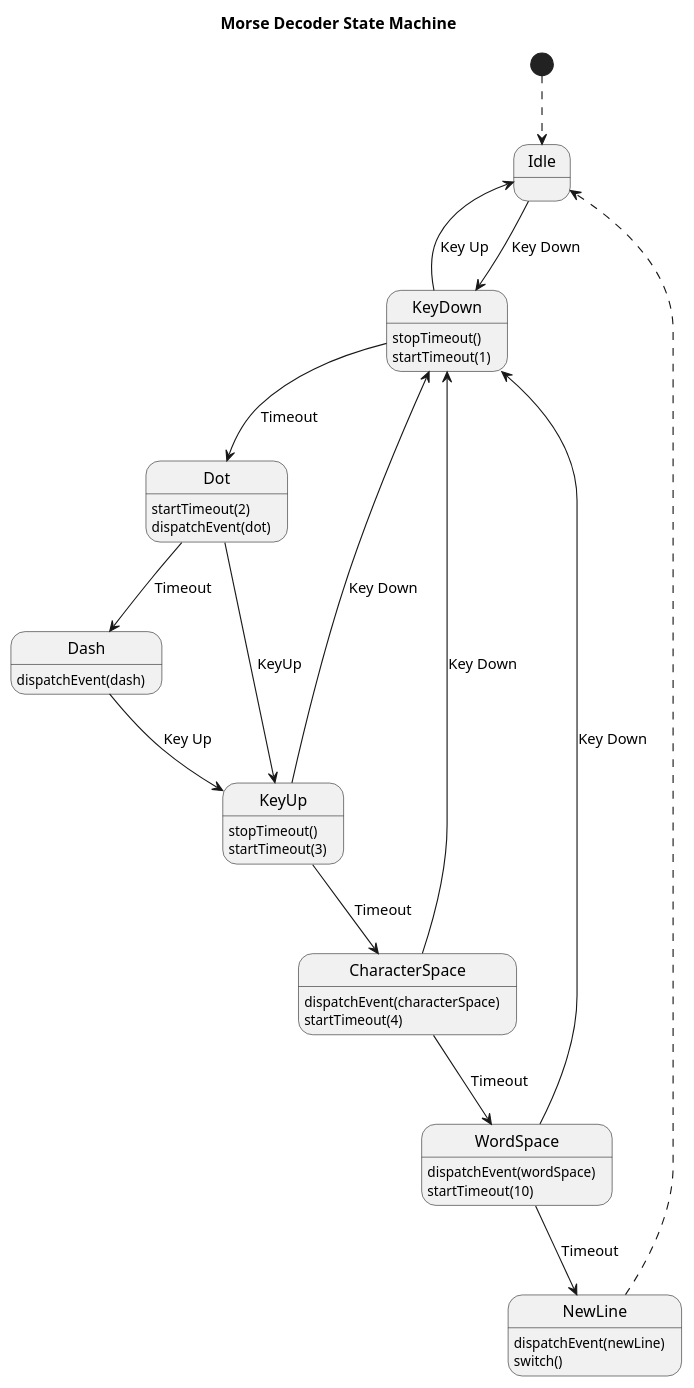
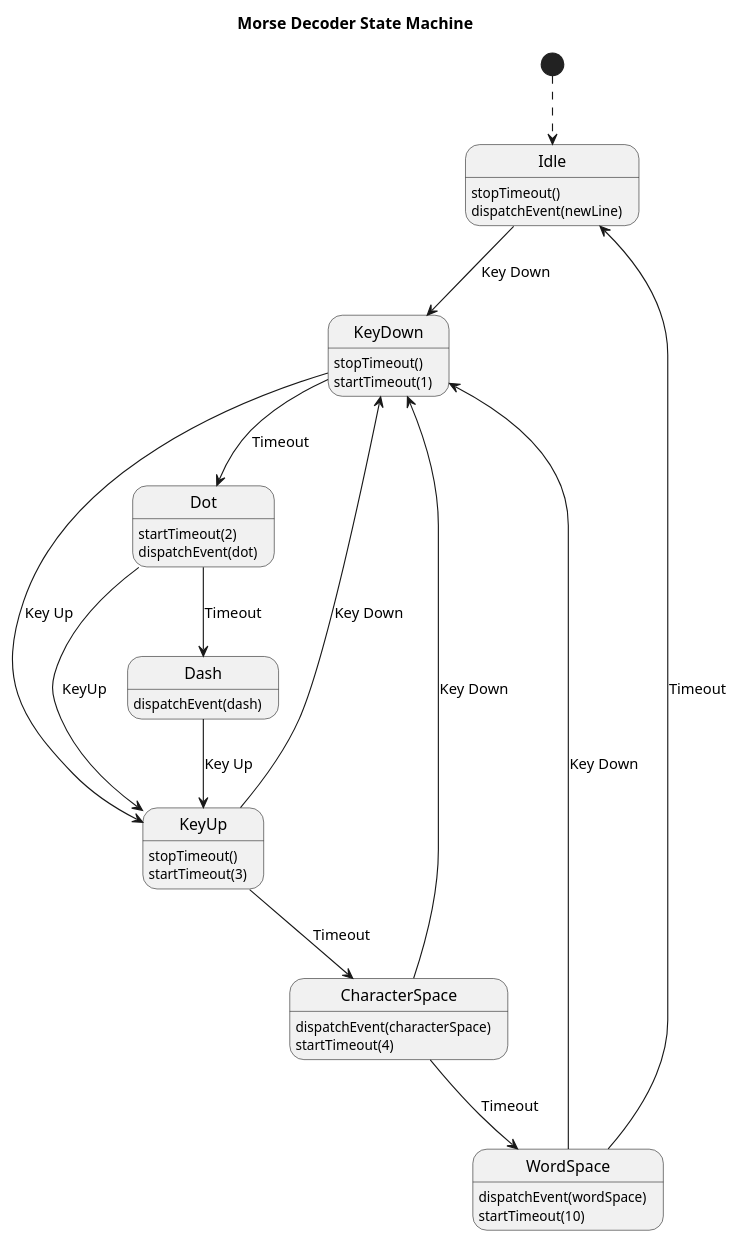
The diagram in decoder-state-machine.puml (dc1rp/cw-instructor), drawn with PlantUML before and after one commit. The commit also changed 1 other file, not shown here.

```diff
--- a/decoder-state-machine.puml
+++ b/decoder-state-machine.puml
@@ -1,34 +1,32 @@
 @startuml
 title Morse Decoder State Machine
 
 [*] -[Dashed]-> Idle
 Idle --> KeyDown : Key Down
+KeyDown --> KeyUp : Key Up
+KeyDown --> Dot : Timeout
 Dot --> Dash : Timeout
-KeyDown --> Idle : Key Up
+Dot --> KeyUp : KeyUp
 Dash --> KeyUp : Key Up
-KeyDown --> Dot : Timeout
-Dot --> KeyUp : KeyUp
-WordSpace --> NewLine : Timeout
 KeyUp --> CharacterSpace : Timeout
+KeyUp --> KeyDown : Key Down
 CharacterSpace --> WordSpace : Timeout
 CharacterSpace --> KeyDown : Key Down
-KeyUp --> KeyDown : Key Down
 WordSpace --> KeyDown : Key Down
-NewLine -[Dashed]-> Idle
+WordSpace --> Idle : Timeout
 
-state Idle
+state Idle : stopTimeout()
+state Idle : dispatchEvent(newLine)
 state KeyDown : stopTimeout()
 state KeyDown : startTimeout(1)
 state Dot : startTimeout(2)
 state Dot : dispatchEvent(dot)
 state Dash : dispatchEvent(dash)
 state KeyUp : stopTimeout()
 state KeyUp : startTimeout(3)
 state CharacterSpace : dispatchEvent(characterSpace)
 state CharacterSpace : startTimeout(4)
 state WordSpace : dispatchEvent(wordSpace)
 state WordSpace : startTimeout(10)
-state NewLine : dispatchEvent(newLine)
-state NewLine : switch()
 
 @enduml
```
